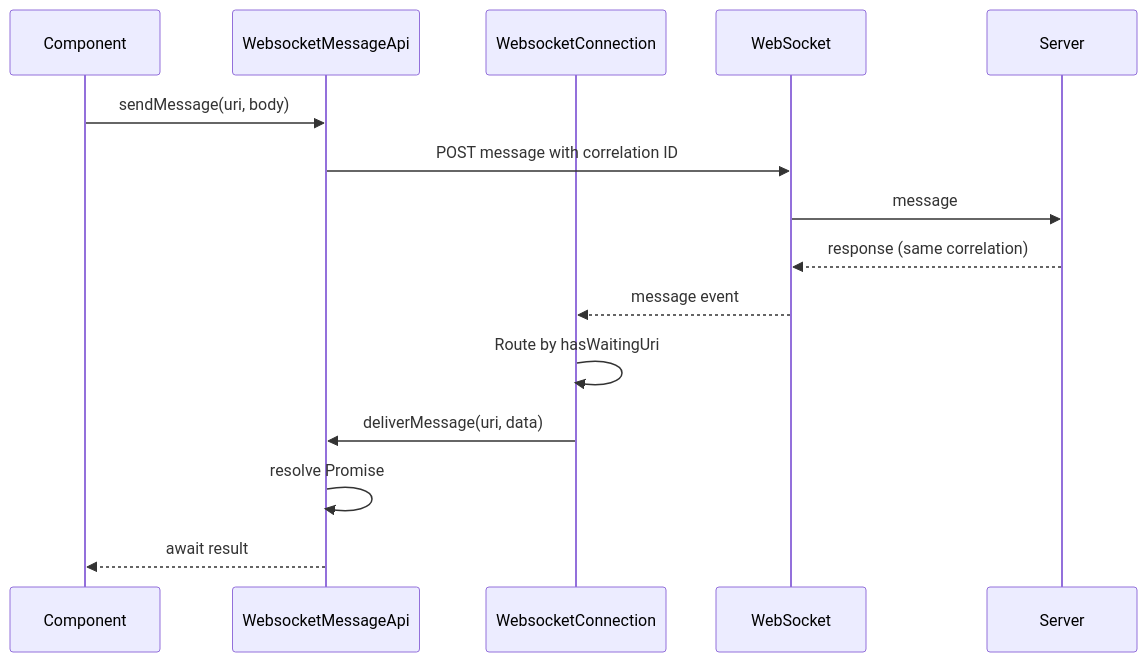
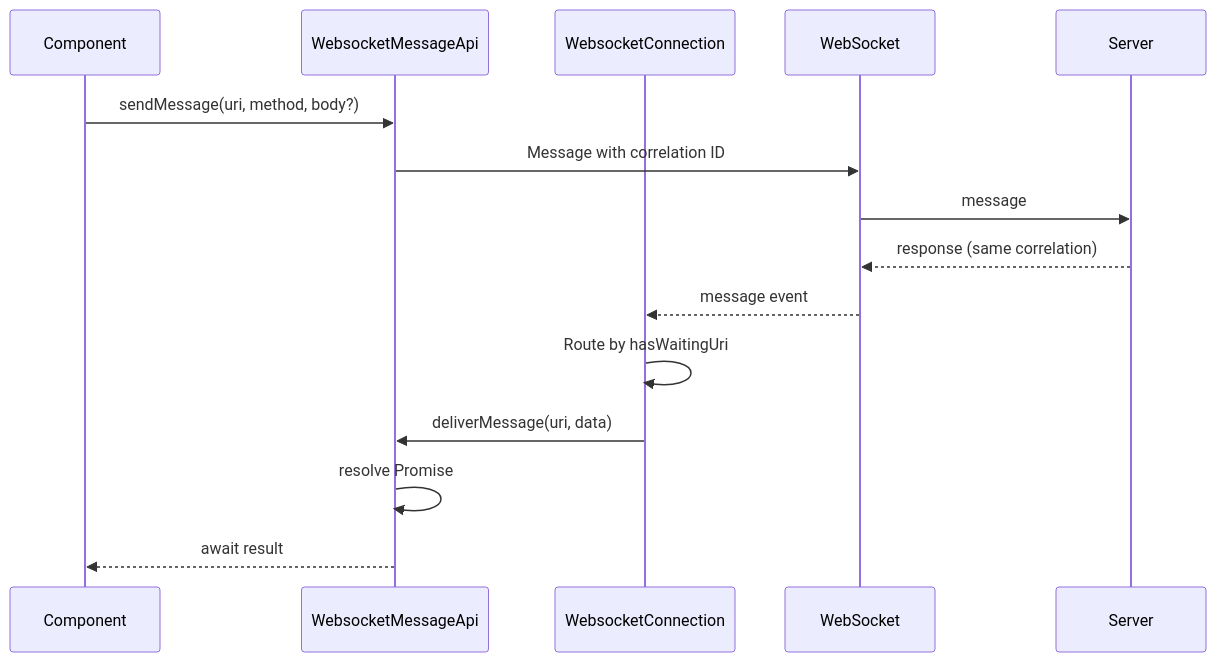
One commit to max-troost-io/mt-use-websockets changed the fifth of 10 diagrams in src/lib/WEBSOCKET_CONNECTION.md. Above: the diagram before and after it, drawn with Mermaid. The commit also changed other lines of this file and 5 other files, not shown here.

Commit message:
Rename package to @mt-use-websocket, update README for clarity, and enhance WebSocket connection management with custom logger support. Adjusted API methods and documentation for improved usability and consistency.

````diff
--- a/src/lib/WEBSOCKET_CONNECTION.md
+++ b/src/lib/WEBSOCKET_CONNECTION.md
@@ -259,19 +253,19 @@
 ```mermaid
 sequenceDiagram
     participant Component
     participant MsgApi as WebsocketMessageApi
     participant Connection as WebsocketConnection
     participant Socket as WebSocket
     participant Server
 
-    Component->>MsgApi: sendMessage(uri, body)
-    MsgApi->>Socket: POST message with correlation ID
+    Component->>MsgApi: sendMessage(uri, method, body?)
+    MsgApi->>Socket: Message with correlation ID
     Socket->>Server: message
 
     Server-->>Socket: response (same correlation)
     Socket-->>Connection: message event
     Connection->>Connection: Route by hasWaitingUri
     Connection->>MsgApi: deliverMessage(uri, data)
     MsgApi->>MsgApi: resolve Promise
     MsgApi-->>Component: await result
 ```
````
